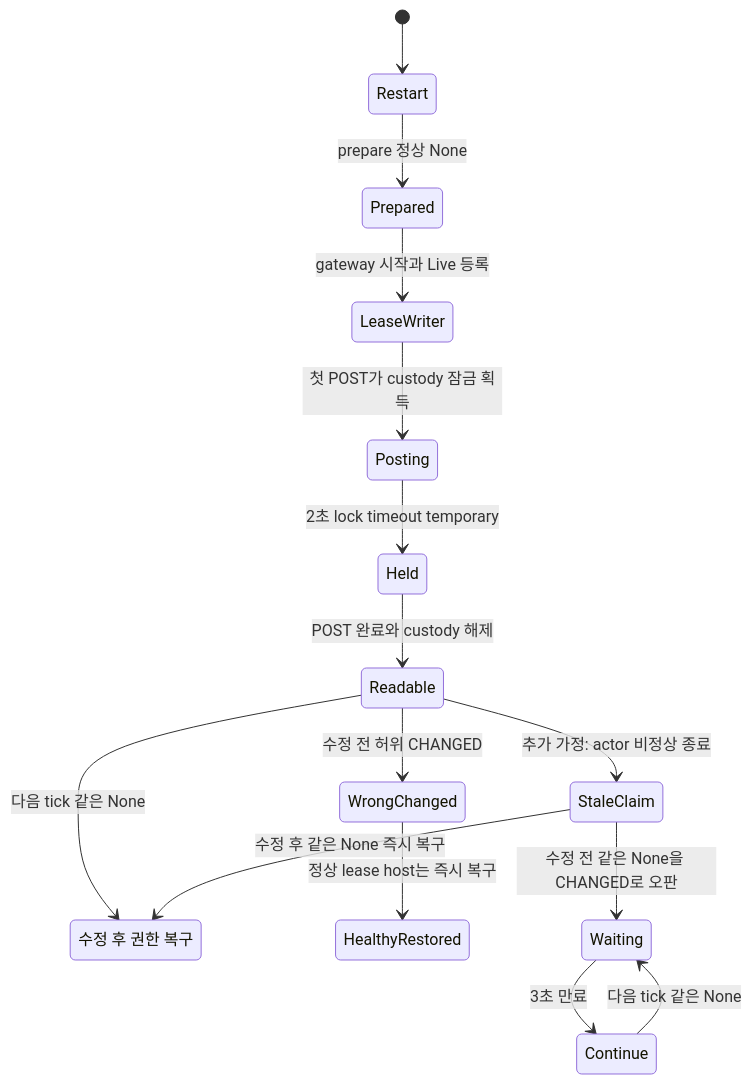
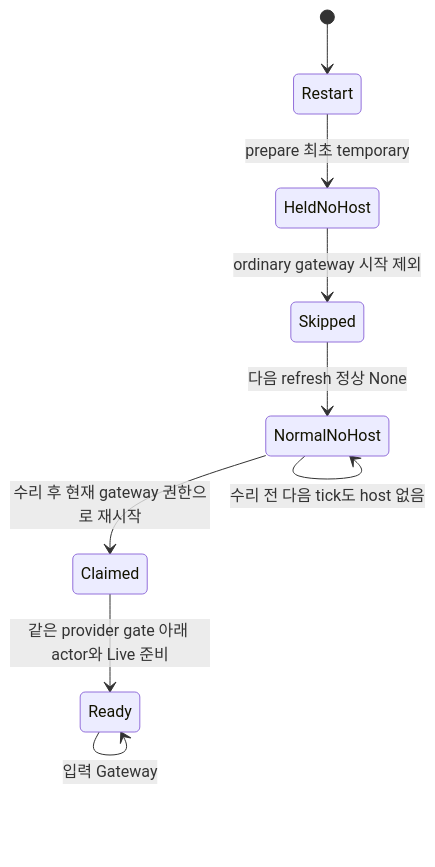
Before and after one commit to itismyfield/AgentDesk: the diagram in docs/statecharts/execution-authority/ExecutionAuthority.report.md, drawn with Mermaid. The commit also changed other lines of this file and 15 other files, not shown here.

First line of the commit message:
fix(tui-o): recover skipped gateway writer after first read failure (#7731)

````diff
--- a/docs/statecharts/execution-authority/ExecutionAuthority.report.md
+++ b/docs/statecharts/execution-authority/ExecutionAuthority.report.md
@@ -70,18 +58,11 @@
 ```mermaid
 stateDiagram-v2
   [*] --> Restart
-  Restart --> Prepared: prepare 정상 None
-  Prepared --> LeaseWriter: gateway 시작과 Live 등록
-  LeaseWriter --> Posting: 첫 POST가 custody 잠금 획득
-  Posting --> Held: 2초 lock timeout temporary
-  Held --> Readable: POST 완료와 custody 해제
-  Readable --> Restored: 다음 tick 같은 None
-  Restored: 수정 후 권한 복구
-  Readable --> WrongChanged: 수정 전 허위 CHANGED
-  WrongChanged --> HealthyRestored: 정상 lease host는 즉시 복구
-  Readable --> StaleClaim: 추가 가정: actor 비정상 종료
-  StaleClaim --> Waiting: 수정 전 같은 None을 CHANGED로 오판
-  Waiting --> Continue: 3초 만료
-  Continue --> Waiting: 다음 tick 같은 None
-  StaleClaim --> Restored: 수정 후 같은 None 즉시 복구
+  Restart --> HeldNoHost: prepare 최초 temporary
+  HeldNoHost --> Skipped: ordinary gateway 시작 제외
+  Skipped --> NormalNoHost: 다음 refresh 정상 None
+  NormalNoHost --> NormalNoHost: 수리 전 다음 tick도 host 없음
+  NormalNoHost --> Claimed: 수리 후 현재 gateway 권한으로 재시작
+  Claimed --> Ready: 같은 provider gate 아래 actor와 Live 준비
+  Ready --> Ready: 입력 Gateway
 ```
````
